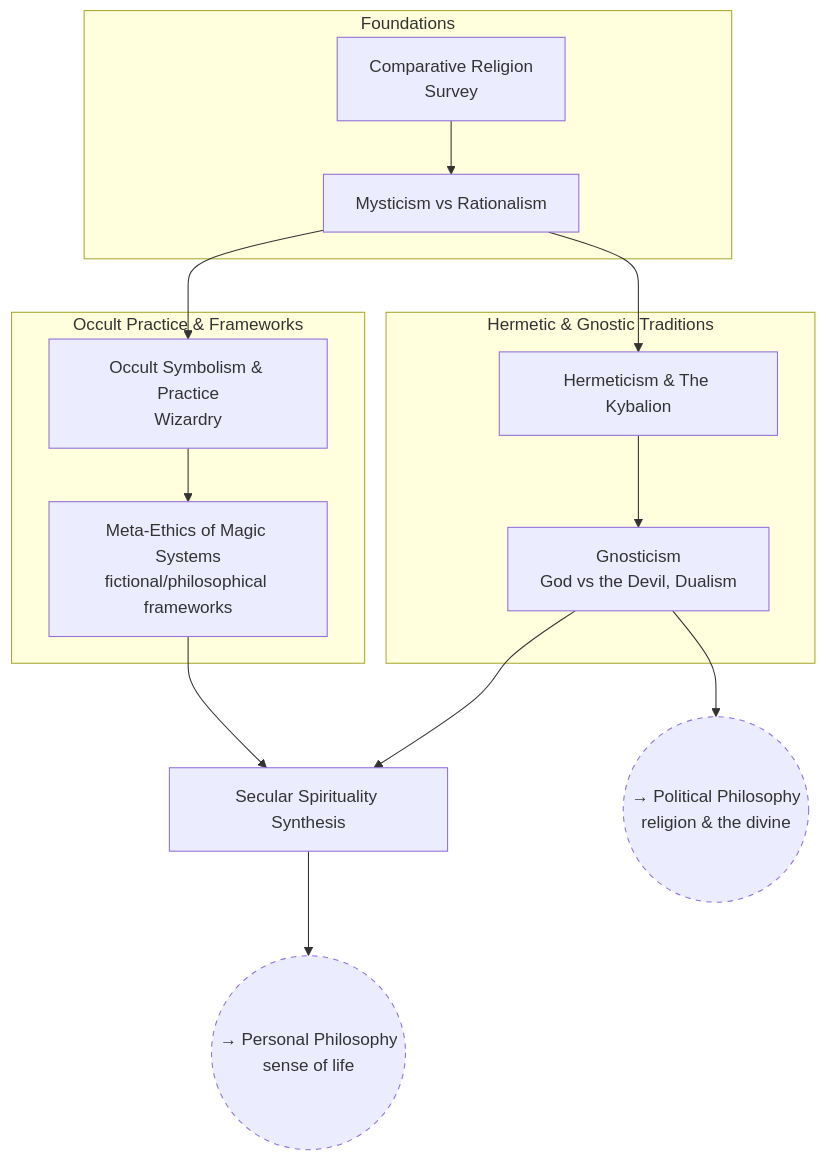
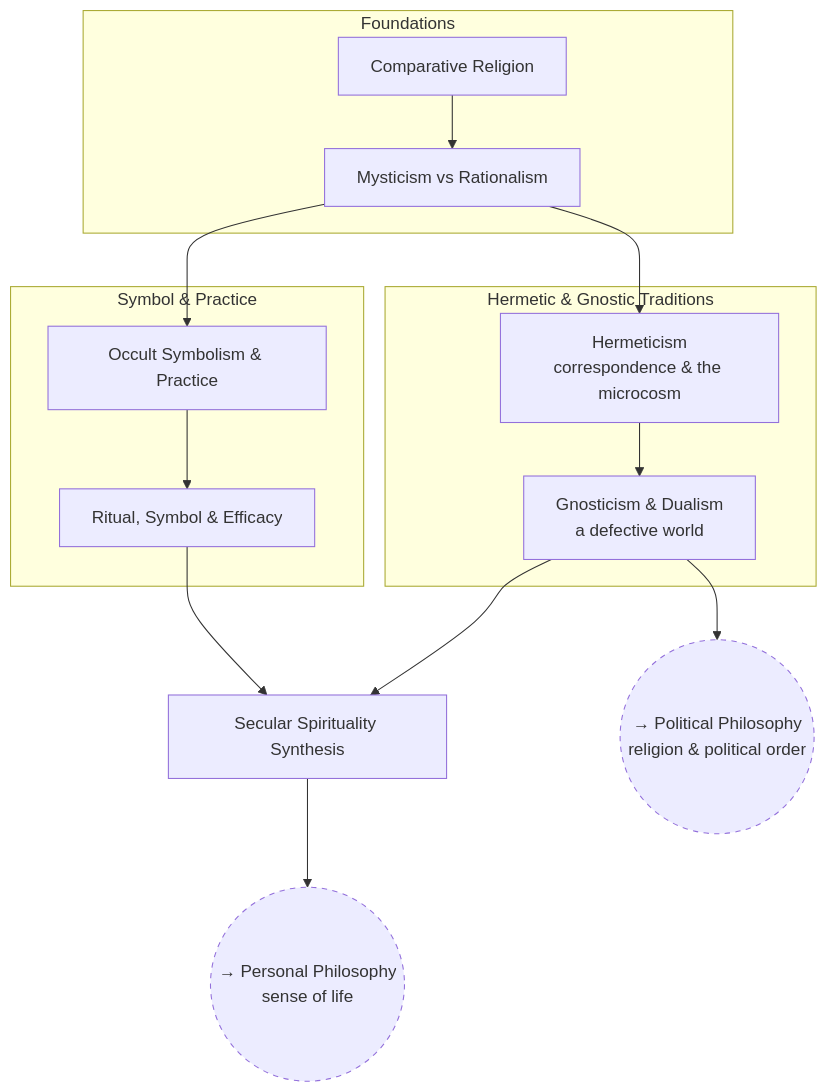
Before and after one commit to nocontextwindow/skill-trees: the diagram in trees/esotericism-and-religion/index.md, drawn with Mermaid. The commit also changed other lines of this file and 50 other files, not shown here.

````diff
--- a/trees/esotericism-and-religion/index.md
+++ b/trees/esotericism-and-religion/index.md
@@ -8,33 +14,33 @@
 ```mermaid
 flowchart TD
     subgraph Foundations
-        ES_COMPREL[Comparative Religion<br/>Survey]
+        ES_COMPREL[Comparative Religion]
         ES_MYSTIC[Mysticism vs Rationalism]
         ES_COMPREL --> ES_MYSTIC
     end
 
     subgraph "Hermetic & Gnostic Traditions"
-        ES_HERMET[Hermeticism & The Kybalion]
-        ES_GNOSTIC[Gnosticism<br/>God vs the Devil, Dualism]
+        ES_HERMET[Hermeticism<br/>correspondence & the microcosm]
+        ES_GNOSTIC[Gnosticism & Dualism<br/>a defective world]
         ES_HERMET --> ES_GNOSTIC
     end
 
-    subgraph "Occult Practice & Frameworks"
-        ES_OCCULT[Occult Symbolism & Practice<br/>Wizardry]
-        ES_MAGIC_ETHICS[Meta-Ethics of Magic Systems<br/>fictional/philosophical frameworks]
-        ES_OCCULT --> ES_MAGIC_ETHICS
+    subgraph "Symbol & Practice"
+        ES_OCCULT[Occult Symbolism & Practice]
+        ES_RITUAL[Ritual, Symbol & Efficacy]
+        ES_OCCULT --> ES_RITUAL
     end
 
     ES_SECULAR[Secular Spirituality Synthesis]
 
     ES_MYSTIC --> ES_HERMET
     ES_MYSTIC --> ES_OCCULT
     ES_GNOSTIC --> ES_SECULAR
-    ES_MAGIC_ETHICS --> ES_SECULAR
+    ES_RITUAL --> ES_SECULAR
 
     classDef crosslink stroke-dasharray: 5 5
     ES_PP(("→ Personal Philosophy<br/>sense of life")):::crosslink
-    ES_POL(("→ Political Philosophy<br/>religion & the divine")):::crosslink
+    ES_POL(("→ Political Philosophy<br/>religion & political order")):::crosslink
     ES_SECULAR --> ES_PP
     ES_GNOSTIC --> ES_POL
 ```
````
